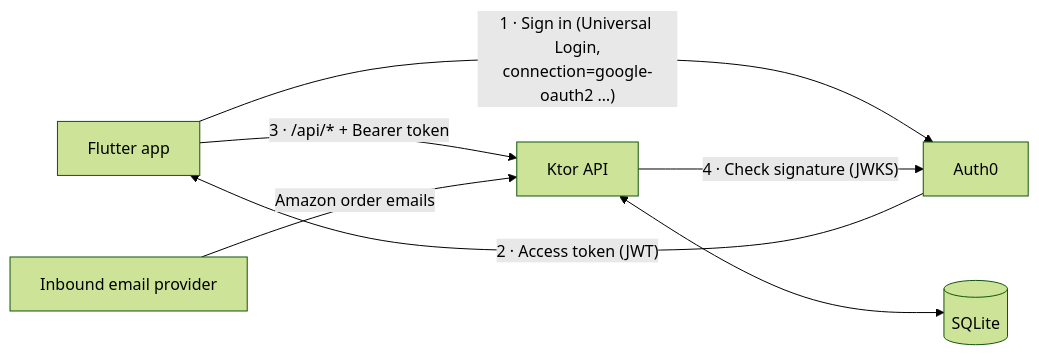
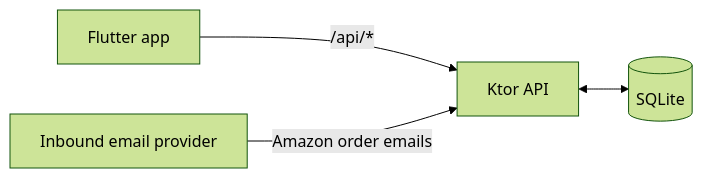
Before and after one commit to rob-langham/not-another-budget: the diagram in README.md, drawn with Mermaid (forest theme). The commit also changed other lines of this file and 22 other files, not shown here.

````diff
--- a/README.md
+++ b/README.md
@@ -10,9 +10,6 @@
 ```mermaid
 flowchart LR
-  U[Flutter app] -- "1 · Sign in (Universal Login,<br/>connection=google-oauth2 …)" --> A[Auth0]
-  A -- "2 · Access token (JWT)" --> U
-  U -- "3 · /api/* + Bearer token" --> K[Ktor API]
-  K -- "4 · Check signature (JWKS)" --> A
+  U[Flutter app] -- "/api/*" --> K[Ktor API]
   K <--> D[(SQLite)]
   M[Inbound email provider] -- "Amazon order emails" --> K
 ```
````
